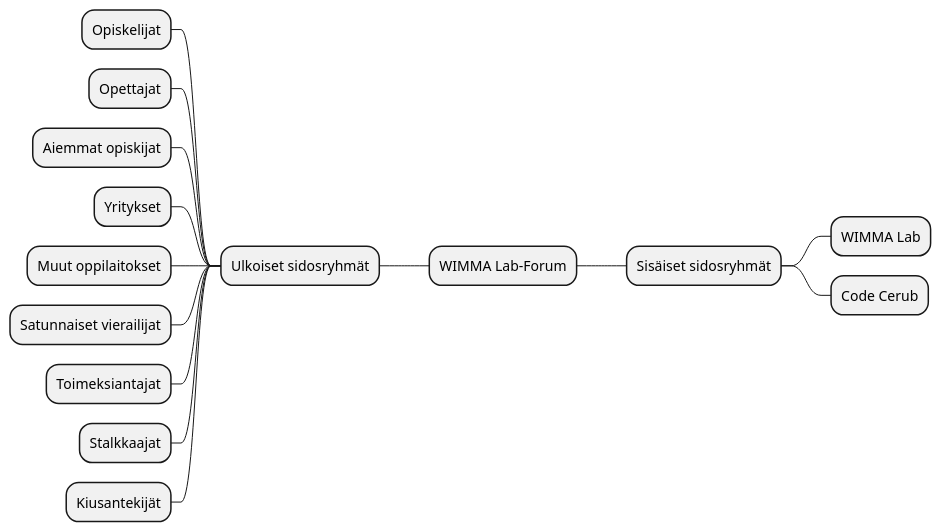
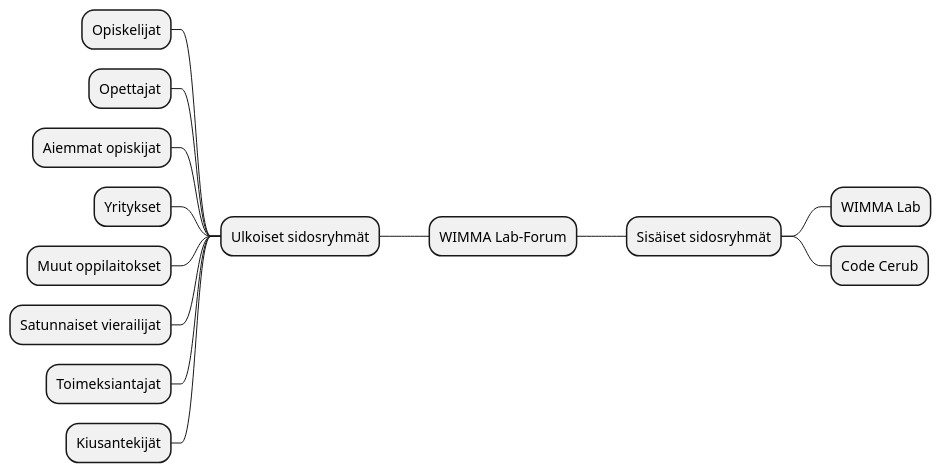
One commit to ninaleo/S2021-AB5160-core changed the first of 6 diagrams in dokumentit/20-Vaatimustenhallinta/vaatimusmaaritely-tiivis.md. Above: the diagram before and after it, drawn with PlantUML.

````diff
--- a/dokumentit/20-Vaatimustenhallinta/vaatimusmaaritely-tiivis.md
+++ b/dokumentit/20-Vaatimustenhallinta/vaatimusmaaritely-tiivis.md
@@ -48,18 +48,17 @@
 ```plantuml
 @startmindmap
 + WIMMA Lab-Forum
 ++ Sisäiset sidosryhmät
 +++ WIMMA Lab
 +++ Code Cerub
 -- Ulkoiset sidosryhmät
 --- Opiskelijat
 --- Opettajat
 --- Aiemmat opiskijat
 --- Yritykset
 --- Muut oppilaitokset
 --- Satunnaiset vierailijat
 --- Toimeksiantajat
---- Stalkkaajat
 --- Kiusantekijät
 @endmindmap
 ```
````
